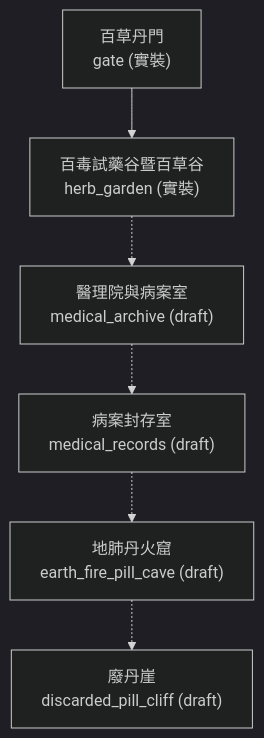
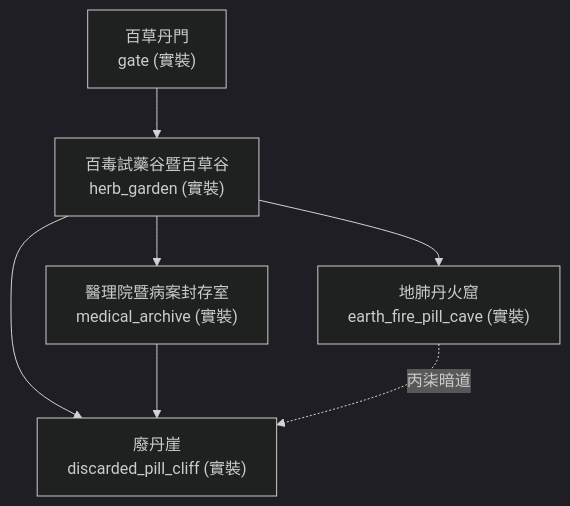
Before and after one commit to wade-fs/mudscript: the diagram in forgotten-space/narrative/docs/maps/tier2/danding_map.md, drawn with Mermaid (dark theme). The commit also changed other lines of this file and 41 other files, not shown here.

````diff
--- a/forgotten-space/narrative/docs/maps/tier2/danding_map.md
+++ b/forgotten-space/narrative/docs/maps/tier2/danding_map.md
@@ -18,14 +19,14 @@
 ```mermaid
 flowchart TD
   gate["百草丹門<br/>gate (實裝)"]
   herb_garden["百毒試藥谷暨百草谷<br/>herb_garden (實裝)"]
-  medical_archive["醫理院與病案室<br/>medical_archive (draft)"]
-  medical_records["病案封存室<br/>medical_records (draft)"]
-  earth_fire_pill_cave["地肺丹火窟<br/>earth_fire_pill_cave (draft)"]
-  discarded_pill_cliff["廢丹崖<br/>discarded_pill_cliff (draft)"]
+  medical_archive["醫理院暨病案封存室<br/>medical_archive (實裝)"]
+  earth_fire_pill_cave["地肺丹火窟<br/>earth_fire_pill_cave (實裝)"]
+  discarded_pill_cliff["廢丹崖<br/>discarded_pill_cliff (實裝)"]
   gate --> herb_garden
-  herb_garden -.-> medical_archive
-  medical_archive -.-> medical_records
-  medical_records -.-> earth_fire_pill_cave
-  earth_fire_pill_cave -.-> discarded_pill_cliff
+  herb_garden --> medical_archive
+  herb_garden --> earth_fire_pill_cave
+  herb_garden --> discarded_pill_cliff
+  medical_archive --> discarded_pill_cliff
+  earth_fire_pill_cave -.丙柒暗道.-> discarded_pill_cliff
 ```
````
